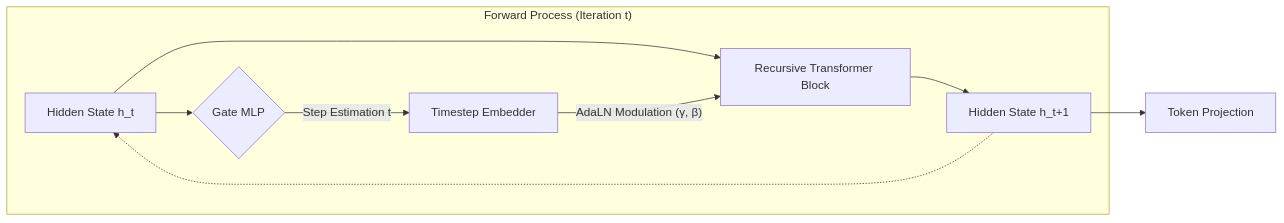
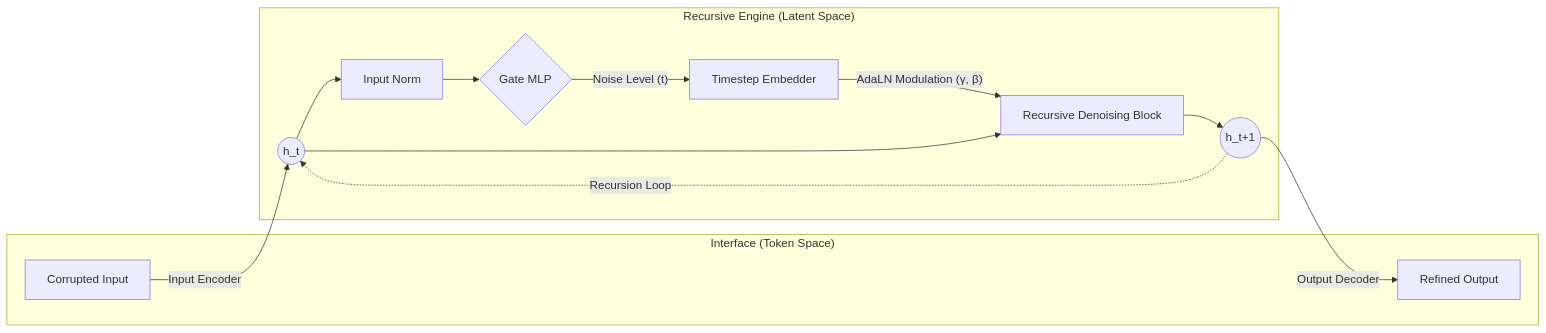
Before and after one commit to YeoJune/RDT: the diagram in README.md, drawn with Mermaid. The commit also changed other lines of this file, not shown here.

````diff
--- a/README.md
+++ b/README.md
@@ -33,15 +31,22 @@
 ```mermaid
 graph LR
-    subgraph "Forward Process (Iteration t)"
-        Input[Hidden State h_t] --> Gate{Gate MLP}
-        Gate --"Step Estimation t"--> Time[Timestep Embedder]
-
-        Input --> Block[Recursive Transformer Block]
-        Time --"AdaLN Modulation (γ, β)"--> Block
-
-        Block --> Output[Hidden State h_t+1]
+    subgraph "Interface (Token Space)"
+        Input[Corrupted Input]
+        Output[Refined Output]
     end
 
-    Output -.-> Input
-    Output --> Decoder[Token Projection]
+    subgraph "Recursive Engine (Latent Space)"
+        H_in((h_t)) --> Norm[Input Norm]
+        Norm --> Gate{Gate MLP}
+        
+        Gate --"Noise Level (t)"--> Time[Timestep Embedder]
+        Time --"AdaLN Modulation (γ, β)"--> Block[Recursive Denoising Block]
+        
+        H_in --> Block
+        Block --> H_out((h_t+1))
+    end
+
+    Input --"Input Encoder"--> H_in
+    H_out --"Output Decoder"--> Output
+    H_out -."Recursion Loop".-> H_in
 ```
````
